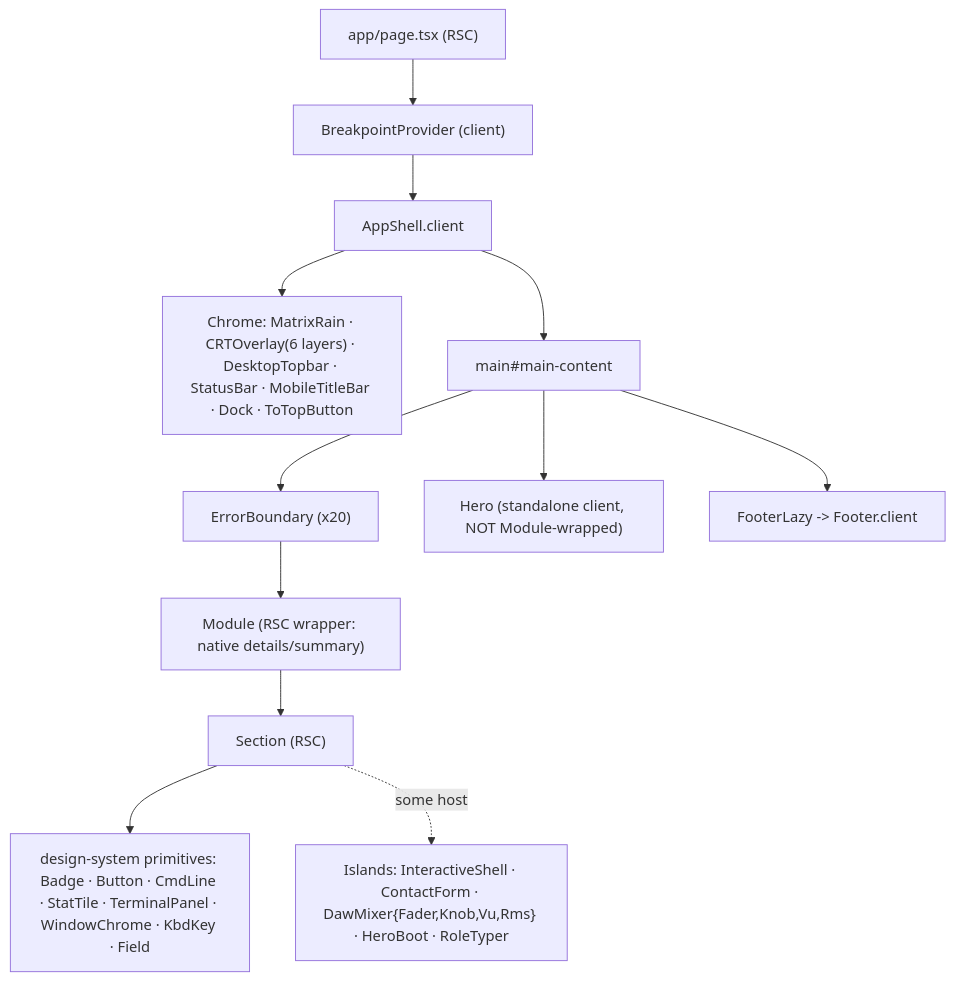
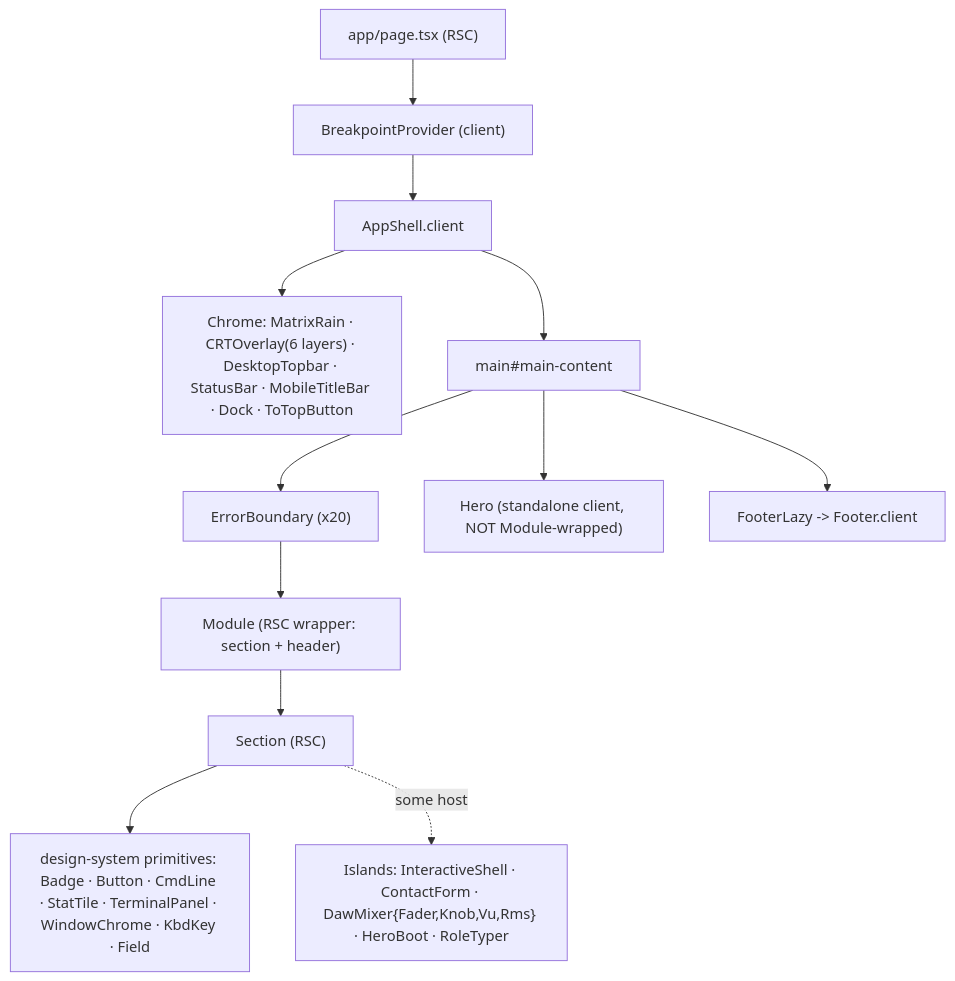
The first of 2 diagrams in docs/04-components-and-state.md (erikunha/portfolio), drawn with Mermaid before and after one commit. The commit also changed other lines of this file and 70 other files, not shown here.

Commit message:
refactor(module): remove the details/summary disclosure from sections and design-system previews (#190)

````diff
--- a/docs/04-components-and-state.md
+++ b/docs/04-components-and-state.md
@@ -22,14 +22,14 @@
 ```mermaid
 flowchart TD
     page["app/page.tsx (RSC)"] --> bp["BreakpointProvider (client)"]
     bp --> shell["AppShell.client"]
     shell --> chrome["Chrome: MatrixRain · CRTOverlay(6 layers) · DesktopTopbar · StatusBar · MobileTitleBar · Dock · ToTopButton"]
     shell --> main["main#main-content"]
     main --> eb["ErrorBoundary (x20)"]
-    eb --> mod["Module (RSC wrapper: native details/summary)"]
+    eb --> mod["Module (RSC wrapper: section + header)"]
     mod --> sec["Section (RSC)"]
     sec --> dsp["design-system primitives: Badge · Button · CmdLine · StatTile · TerminalPanel · WindowChrome · KbdKey · Field"]
     sec -. some host .-> isl["Islands: InteractiveShell · ContactForm · DawMixer{Fader,Knob,Vu,Rms} · HeroBoot · RoleTyper"]
     main --> hero["Hero (standalone client, NOT Module-wrapped)"]
     main --> fl["FooterLazy -> Footer.client"]
 ```
````
